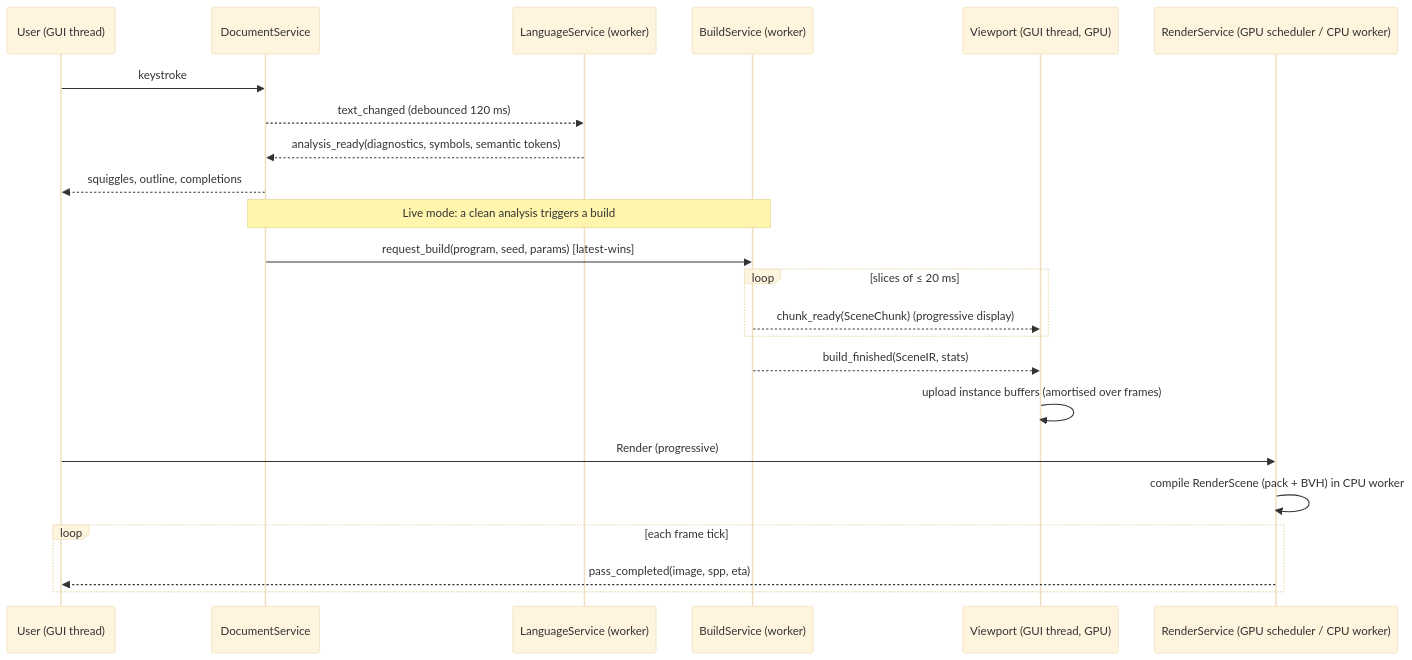
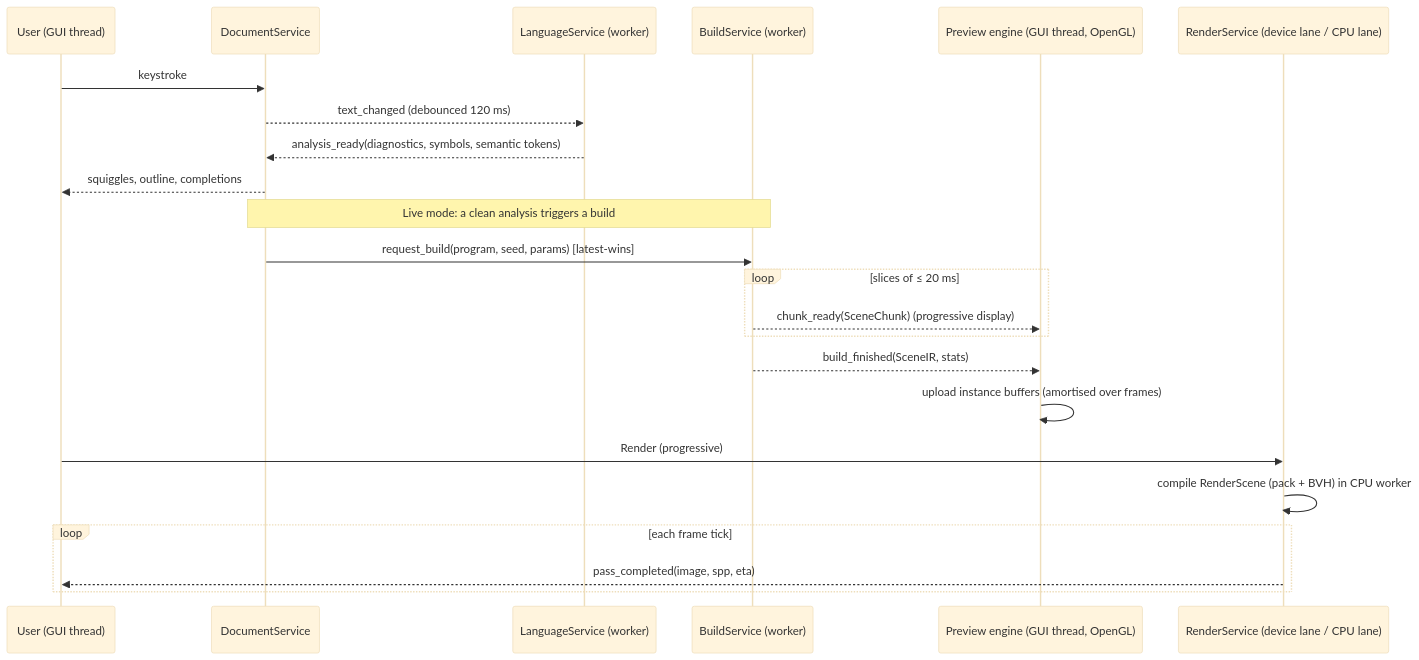
One commit to who8mypnuts/Structura changed the second of 2 diagrams in docs/02-architecture.md. Above: the diagram before and after it, drawn with Mermaid (base theme). The commit also changed other lines of this file and 615 other files, not shown here.

````diff
--- a/docs/02-architecture.md
+++ b/docs/02-architecture.md
@@ -97,25 +96,25 @@
 ```mermaid
 sequenceDiagram
   participant U as User (GUI thread)
   participant D as DocumentService
   participant L as LanguageService (worker)
   participant B as BuildService (worker)
-  participant V as Viewport (GUI thread, GPU)
-  participant R as RenderService (GPU scheduler / CPU worker)
+  participant V as Preview engine (GUI thread, OpenGL)
+  participant R as RenderService (device lane / CPU lane)
   U->>D: keystroke
   D-->>L: text_changed (debounced 120 ms)
   L-->>D: analysis_ready(diagnostics, symbols, semantic tokens)
   D-->>U: squiggles, outline, completions
   Note over D,B: Live mode: a clean analysis triggers a build
   D->>B: request_build(program, seed, params)  [latest-wins]
   loop slices of ≤ 20 ms
     B-->>V: chunk_ready(SceneChunk)  (progressive display)
   end
   B-->>V: build_finished(SceneIR, stats)
   V->>V: upload instance buffers (amortised over frames)
   U->>R: Render (progressive)
   R->>R: compile RenderScene (pack + BVH) in CPU worker
   loop each frame tick
     R-->>U: pass_completed(image, spp, eta)
   end
 ```
````
